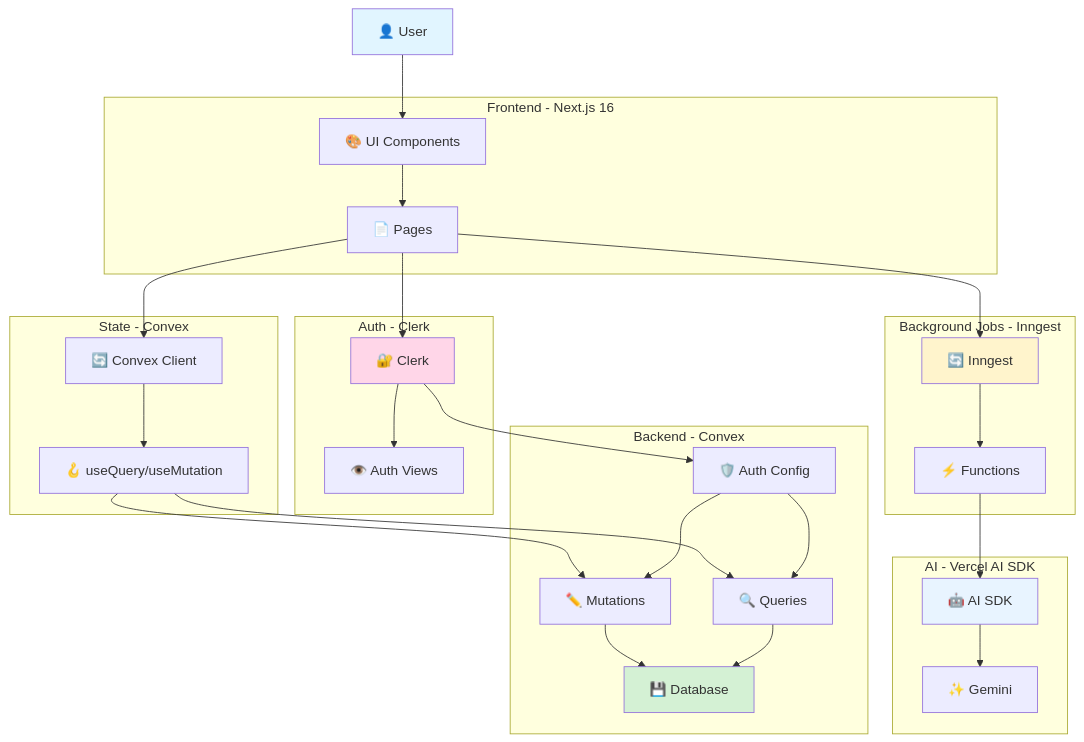
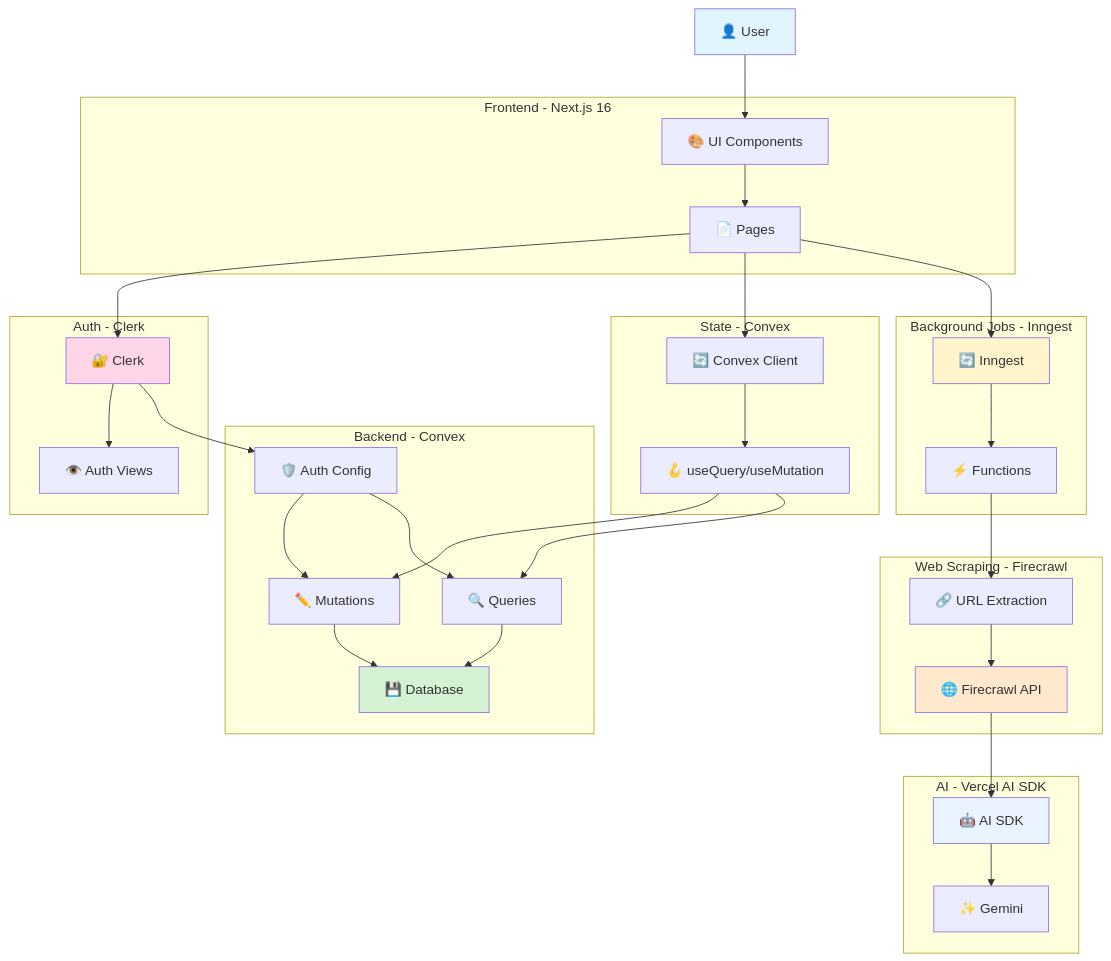
Before and after one commit to Code-with-Jok/v0-dev: the first of 7 diagrams in docs/business-logic-mindmap.md, drawn with Mermaid. The commit also changed other lines of this file and 7 other files, not shown here.

Commit message:
feat: Add Inngest function for Firecrawl web scraping and AI text generation, including new documentation and dependencies.

````diff
--- a/docs/business-logic-mindmap.md
+++ b/docs/business-logic-mindmap.md
@@ -8,52 +8,59 @@
 ```mermaid
 graph TB
     User["👤 User"]
 
     subgraph "Frontend - Next.js 16"
         UI["🎨 UI Components"]
         Pages["📄 Pages"]
     end
 
     subgraph "Auth - Clerk"
         Clerk["🔐 Clerk"]
         AuthViews["👁️ Auth Views"]
     end
 
     subgraph "State - Convex"
         ConvexClient["🔄 Convex Client"]
         Hooks["🪝 useQuery/useMutation"]
     end
 
     subgraph "Backend - Convex"
         AuthConfig["🛡️ Auth Config"]
         Mutations["✏️ Mutations"]
         Queries["🔍 Queries"]
         ConvexDB["💾 Database"]
     end
 
     subgraph "Background Jobs - Inngest"
         InngestClient["🔄 Inngest"]
         Functions["⚡ Functions"]
     end
 
+    subgraph "Web Scraping - Firecrawl"
+        Firecrawl["🌐 Firecrawl API"]
+        URLExtract["🔗 URL Extraction"]
+    end
+
     subgraph "AI - Vercel AI SDK"
         AISDK["🤖 AI SDK"]
         Gemini["✨ Gemini"]
     end
 
     User --> UI --> Pages
     Pages --> Clerk --> AuthViews
     Pages --> ConvexClient --> Hooks
     Hooks --> Mutations & Queries
     Clerk --> AuthConfig --> Mutations & Queries
     Mutations & Queries --> ConvexDB
 
     Pages --> InngestClient --> Functions
-    Functions --> AISDK --> Gemini
+    Functions --> URLExtract --> Firecrawl
+    Firecrawl --> AISDK --> Gemini
 
     style User fill:#e1f5ff
     style Clerk fill:#ffd6e8
     style ConvexDB fill:#d4f1d4
     style InngestClient fill:#fff4cc
+    style Firecrawl fill:#ffe8cc
     style AISDK fill:#e8f4ff
 ```
````
